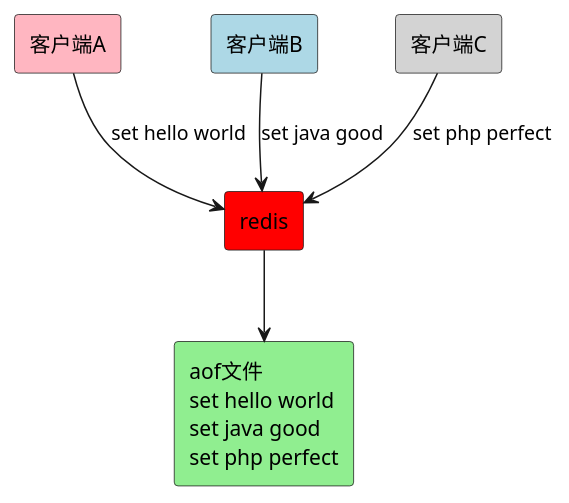
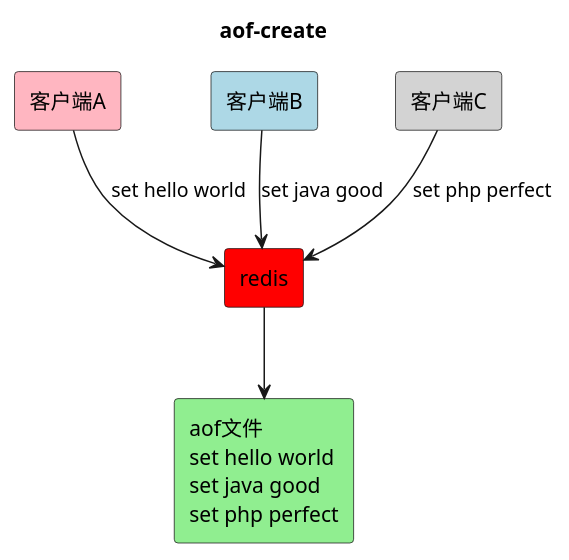
Before and after one commit to zhangxishuo/knowledge: the fifth of 10 diagrams in redis/02-persistence/assets.wsd, drawn with PlantUML. The commit also changed other lines of this file and 10 other files, not shown here.

```diff
--- a/redis/02-persistence/assets.wsd
+++ b/redis/02-persistence/assets.wsd
@@ -44,14 +48,15 @@
 @startuml
+title aof-create
 skinparam style strictuml
 
 rectangle "客户端A" as clientA #lightpink
 rectangle "客户端B" as clientB #lightblue
 rectangle "客户端C" as clientC #lightgray
 rectangle "redis" as redis #red
 rectangle "aof文件\nset hello world\nset java good\nset php perfect" as aof #lightgreen
 
 clientA -down-> redis: set hello world
 clientB -down-> redis: set java good
 clientC -down-> redis: set php perfect
 redis -down-> aof
 @enduml
```
